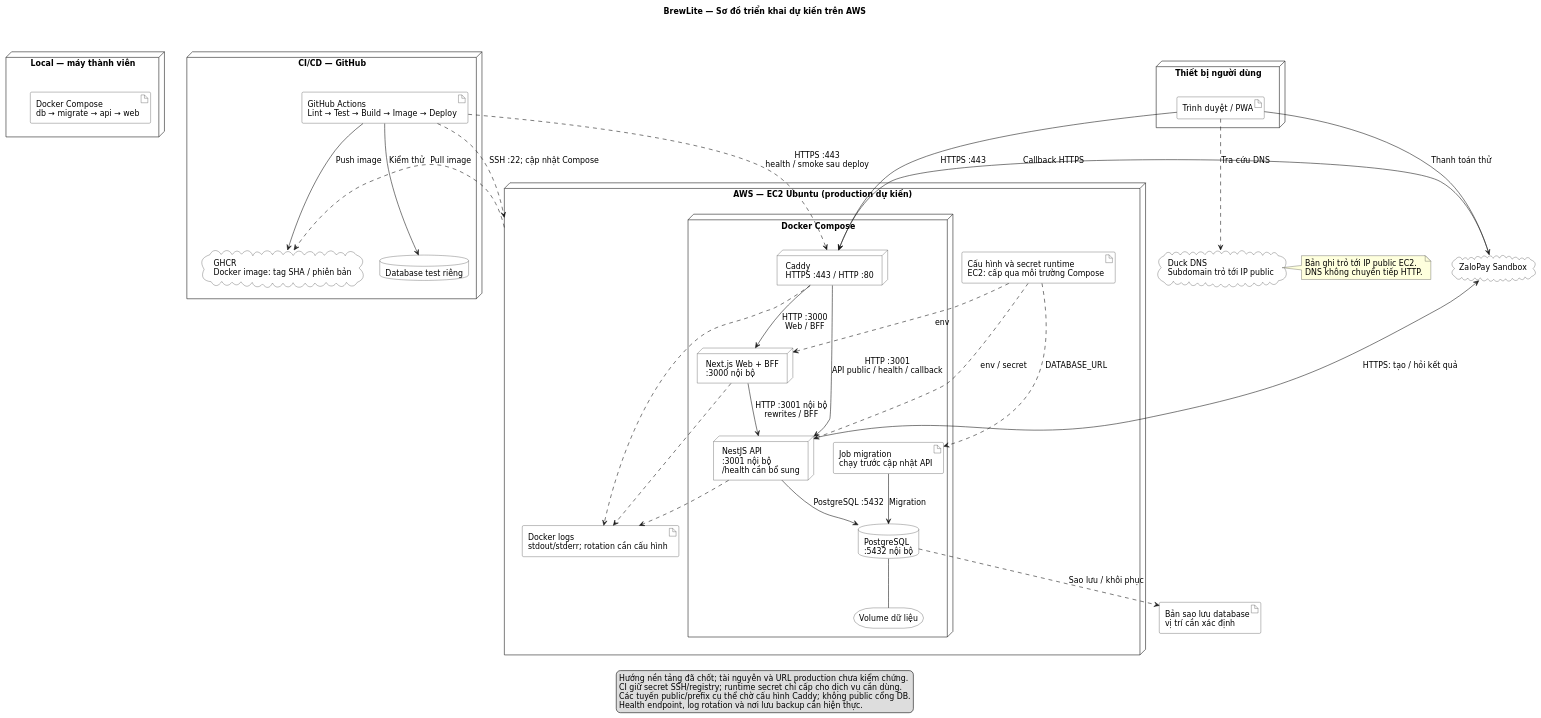
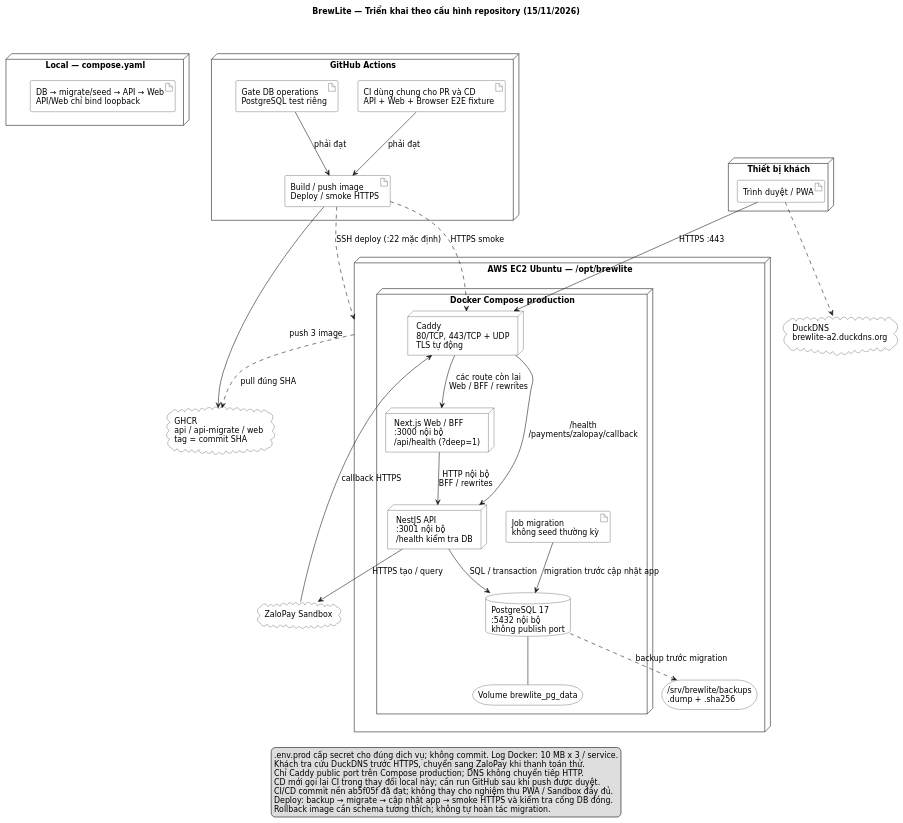
One commit to NguyenKhanhHungDev/Assignment_2_Brewlite changed the diagram in docs/diagrams/deployment.puml. Above: the diagram before and after it, drawn with PlantUML. The commit also changed 28 other files, not shown here.

Commit message:
docs: dọn dẹp và cập nhật tài liệu BrewLite

```diff
--- a/docs/diagrams/deployment.puml
+++ b/docs/diagrams/deployment.puml
@@ -1,74 +1,69 @@
 @startuml
 top to bottom direction
 skinparam defaultFontName DejaVu Sans
 skinparam defaultFontSize 14
 skinparam shadowing false
 skinparam packageStyle rectangle
 skinparam nodeBackgroundColor white
 skinparam artifactBackgroundColor white
 skinparam databaseBackgroundColor white
 skinparam cloudBackgroundColor white
 skinparam storageBackgroundColor white
-title BrewLite — Sơ đồ triển khai dự kiến trên AWS
+title BrewLite — Triển khai theo cấu hình repository (15/11/2026)
 
-node "Local — máy thành viên" as Local {
-  artifact "Docker Compose\ndb → migrate → api → web" as LocalApp
-}
-node "CI/CD — GitHub" as CI {
-  artifact "GitHub Actions\nLint → Test → Build → Image → Deploy" as Pipeline
-  database "Database test riêng" as TestDB
-  cloud "GHCR\nDocker image: tag SHA / phiên bản" as Registry
-}
-node "Thiết bị người dùng" as Client {
+node "Thiết bị khách" as Client {
   artifact "Trình duyệt / PWA" as Browser
 }
-cloud "Duck DNS\nSubdomain trỏ tới IP public" as DNS
-node "AWS — EC2 Ubuntu (production dự kiến)" as EC2 {
-  node "Docker Compose" as Compose {
-    node "Caddy\nHTTPS :443 / HTTP :80" as Caddy
-    node "Next.js Web + BFF\n:3000 nội bộ" as Web
-    node "NestJS API\n:3001 nội bộ\n/health cần bổ sung" as API
-    artifact "Job migration\nchạy trước cập nhật API" as Migrate
-    database "PostgreSQL\n:5432 nội bộ" as DB
-    storage "Volume dữ liệu" as Disk
+cloud "DuckDNS\nbrewlite-a2.duckdns.org" as DNS
+node "GitHub Actions" as CI {
+  artifact "CI dùng chung cho PR và CD\nAPI + Web + Browser E2E fixture" as Checks
+  artifact "Gate DB operations\nPostgreSQL test riêng" as DBChecks
+  artifact "Build / push image\nDeploy / smoke HTTPS" as Pipeline
+  Checks --> Pipeline : phải đạt
+  DBChecks --> Pipeline : phải đạt
+}
+cloud "GHCR\napi / api-migrate / web\ntag = commit SHA" as Registry
+
+node "AWS EC2 Ubuntu — /opt/brewlite" as EC2 {
+  node "Docker Compose production" as Compose {
+    node "Caddy\n80/TCP, 443/TCP + UDP\nTLS tự động" as Caddy
+    node "Next.js Web / BFF\n:3000 nội bộ\n/api/health (?deep=1)" as Web
+    node "NestJS API\n:3001 nội bộ\n/health kiểm tra DB" as API
+    artifact "Job migration\nkhông seed thường kỳ" as Migrate
+    database "PostgreSQL 17\n:5432 nội bộ\nkhông publish port" as DB
+    storage "Volume brewlite_pg_data" as Disk
   }
-  artifact "Cấu hình và secret runtime\nEC2: cấp qua môi trường Compose" as Config
-  artifact "Docker logs\nstdout/stderr; rotation cần cấu hình" as Logs
+  storage "/srv/brewlite/backups\n.dump + .sha256" as Backup
 }
 cloud "ZaloPay Sandbox" as ZP
-artifact "Bản sao lưu database\nvị trí cần xác định" as Backup
+node "Local — compose.yaml" as Local {
+  artifact "DB → migrate/seed → API → Web\nAPI/Web chỉ bind loopback" as LocalApp
+}
+
+Browser ..> DNS
+Browser --> Caddy : HTTPS :443
+Pipeline --> Registry : push 3 image
+Pipeline ..> EC2 : SSH deploy (:22 mặc định)
+Pipeline ..> Caddy : HTTPS smoke
+EC2 ..> Registry : pull đúng SHA
+Caddy --> Web : các route còn lại\nWeb / BFF / rewrites
+Caddy --> API : /health\n/payments/zalopay/callback
+Web --> API : HTTP nội bộ\nBFF / rewrites
+Migrate --> DB : migration trước cập nhật app
+API --> DB : SQL / transaction
+DB -- Disk
+DB ..> Backup : backup trước migration
+API --> ZP : HTTPS tạo / query
+ZP --> Caddy : callback HTTPS
 Local -[hidden]right-> CI
-Pipeline --> TestDB : Kiểm thử
-Pipeline --> Registry : Push image
-Pipeline ..> EC2 : SSH :22; cập nhật Compose
-Pipeline ..> Caddy : HTTPS :443\nhealth / smoke sau deploy
-EC2 ..> Registry : Pull image
-Browser ..> DNS : Tra cứu DNS
-note right of DNS
-  Bản ghi trỏ tới IP public EC2.
-  DNS không chuyển tiếp HTTP.
-end note
-Browser --> Caddy : HTTPS :443
-Caddy --> Web : HTTP :3000\nWeb / BFF
-Caddy --> API : HTTP :3001\nAPI public / health / callback
-Web --> API : HTTP :3001 nội bộ\nrewrites / BFF
-Migrate --> DB : Migration
-API --> DB : PostgreSQL :5432
-Config ..> Web : env
-Config ..> API : env / secret
-Config ..> Migrate : DATABASE_URL
-Caddy ..> Logs
-Web ..> Logs
-API ..> Logs
-DB -- Disk
-DB ..> Backup : Sao lưu / khôi phục
-API --> ZP : HTTPS: tạo / hỏi kết quả
-ZP --> Caddy : Callback HTTPS
-Browser --> ZP : Thanh toán thử
+
 legend bottom
-  Hướng nền tảng đã chốt; tài nguyên và URL production chưa kiểm chứng.
-  CI giữ secret SSH/registry; runtime secret chỉ cấp cho dịch vụ cần dùng.
-  Các tuyến public/prefix cụ thể chờ cấu hình Caddy; không public cổng DB.
-  Health endpoint, log rotation và nơi lưu backup cần hiện thực.
+  .env.prod cấp secret cho đúng dịch vụ; không commit. Log Docker: 10 MB x 3 / service.
+  Khách tra cứu DuckDNS trước HTTPS, chuyển sang ZaloPay khi thanh toán thử.
+  Chỉ Caddy public port trên Compose production; DNS không chuyển tiếp HTTP.
+  CD mới gọi lại CI trong thay đổi local này; cần run GitHub sau khi push được duyệt.
+  CI/CD commit nền ab5f05f đã đạt; không thay cho nghiệm thu PWA / Sandbox đầy đủ.
+  Deploy: backup → migrate → cập nhật app → smoke HTTPS và kiểm tra cổng DB đóng.
+  Rollback image cần schema tương thích; không tự hoàn tác migration.
 endlegend
 @enduml
```
